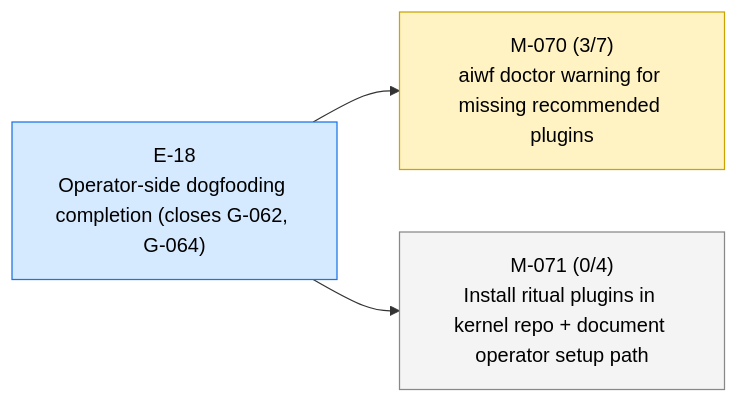
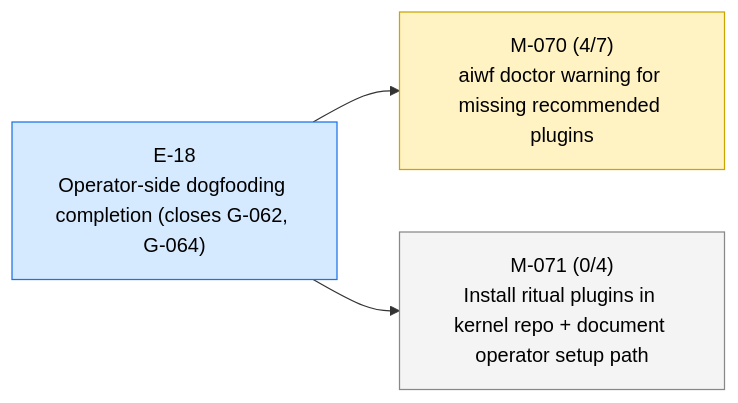
The first of 3 diagrams in STATUS.md (23min/aiwf), drawn with Mermaid before and after one commit. The commit also changed other lines of this file and 1 other file, not shown here.

First line of the commit message:
aiwf promote M-070/AC-4 open -> met

````diff
--- a/STATUS.md
+++ b/STATUS.md
@@ -12,14 +12,14 @@
 ```mermaid
 flowchart LR
   E_18["E-18<br/>Operator-side dogfooding completion (closes G-062, G-064)"]:::epic_active
-  M_070["M-070 (3/7)<br/>aiwf doctor warning for missing recommended plugins"]:::ms_in_progress
+  M_070["M-070 (4/7)<br/>aiwf doctor warning for missing recommended plugins"]:::ms_in_progress
   E_18 --> M_070
   M_071["M-071 (0/4)<br/>Install ritual plugins in kernel repo + document operator setup path"]:::ms_draft
   E_18 --> M_071
   classDef epic_active fill:#d6eaff,stroke:#1a73e8,color:#000
   classDef epic_proposed fill:#f4f4f4,stroke:#888,color:#000
   classDef ms_done fill:#d8f5d8,stroke:#2a8a2a,color:#000
   classDef ms_in_progress fill:#fff3c4,stroke:#caa400,color:#000
   classDef ms_draft fill:#f4f4f4,stroke:#888,color:#000
   classDef ms_cancelled fill:#fbeaea,stroke:#c33,color:#000
 ```
````
